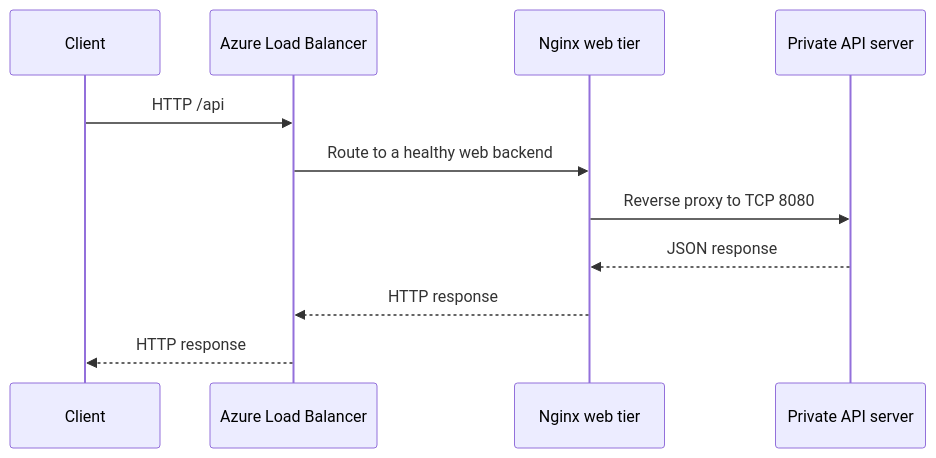
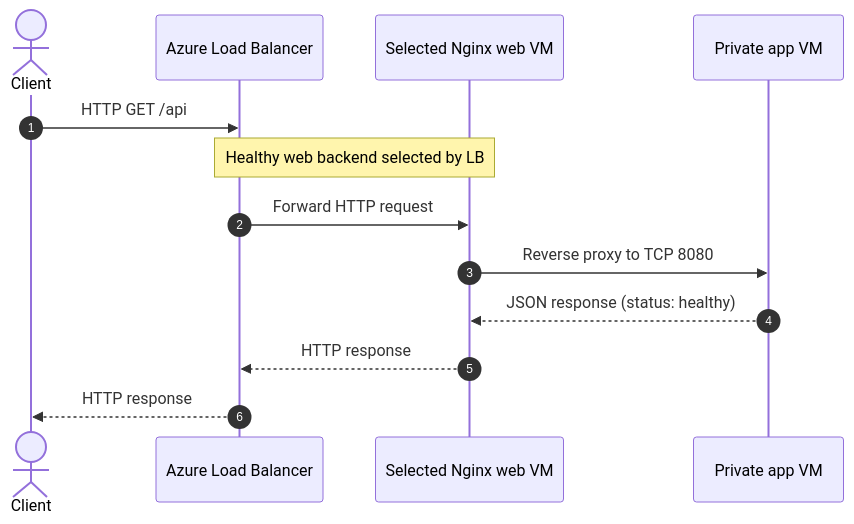
One commit to Nischay192/2-Tier-VNet-Bastion-Lab changed the third of 3 diagrams in docs/architecture.md. Above: the diagram before and after it, drawn with Mermaid. The commit also changed other lines of this file, not shown here.

Commit message:
Add layered network architecture and request flow diagrams

````diff
--- a/docs/architecture.md
+++ b/docs/architecture.md
@@ -23,13 +113,15 @@
 ```mermaid
 sequenceDiagram
-    participant Client
+    autonumber
+    actor Client
     participant LB as Azure Load Balancer
-    participant Web as Nginx web tier
-    participant App as Private API server
-    Client->>LB: HTTP /api
-    LB->>Web: Route to a healthy web backend
-    Web->>App: Reverse proxy to TCP 8080
-    App-->>Web: JSON response
+    participant Web as Selected Nginx web VM
+    participant API as Private app VM
+    Client->>LB: HTTP GET /api
+    Note over LB,Web: Healthy web backend selected by LB
+    LB->>Web: Forward HTTP request
+    Web->>API: Reverse proxy to TCP 8080
+    API-->>Web: JSON response (status: healthy)
     Web-->>LB: HTTP response
     LB-->>Client: HTTP response
 ```
````
